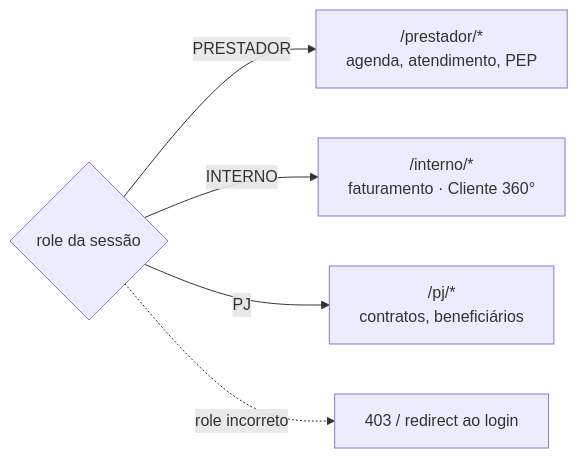
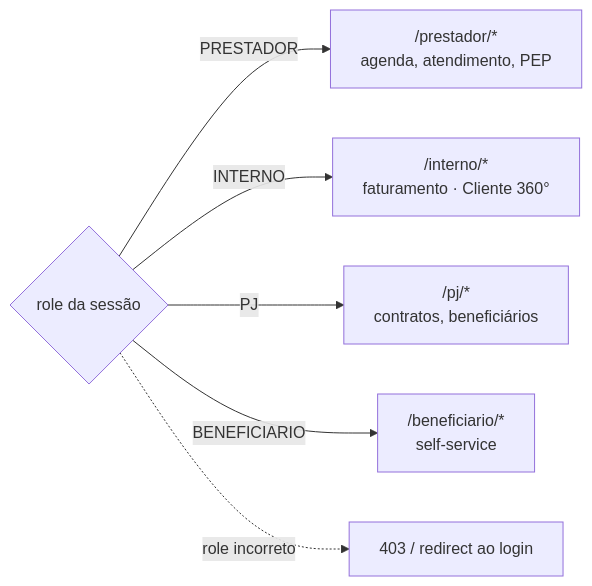
One commit to Piulres/sistema-bibi changed the fourth of 10 diagrams in docs/ARQUITETURA.md. Above: the diagram before and after it, drawn with Mermaid. The commit also changed other lines of this file and 17 other files, not shown here.

First line of the commit message:
feat(epic6): portal do beneficiário com self-service

````diff
--- a/docs/ARQUITETURA.md
+++ b/docs/ARQUITETURA.md
@@ -209,8 +209,9 @@
 ```mermaid
 flowchart LR
   R{role da sessão}
   R -->|PRESTADOR| A["/prestador/*<br/>agenda, atendimento, PEP"]
   R -->|INTERNO| B["/interno/*<br/>faturamento · Cliente 360°"]
   R -->|PJ| C["/pj/*<br/>contratos, beneficiários"]
+  R -->|BENEFICIARIO| E["/beneficiario/*<br/>self-service"]
   R -.->|role incorreto| D["403 / redirect ao login"]
 ```
````
